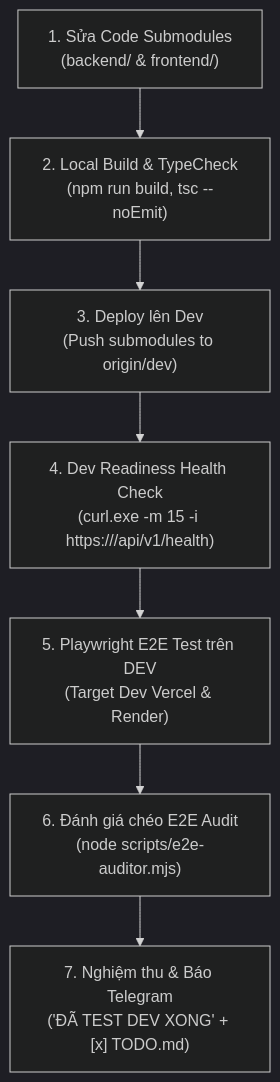
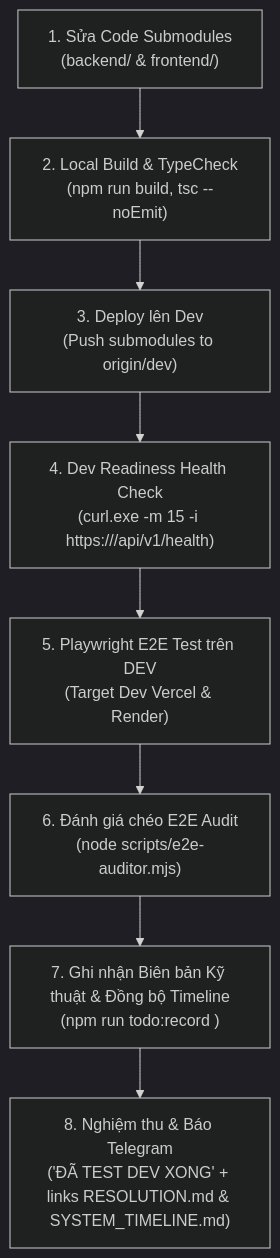
Before and after one commit to lyquangthai1993/logistics-website: the second of 2 diagrams in .agents/skills/todo-agent/SKILL.md, drawn with Mermaid (dark theme). The commit also changed other lines of this file and 13 other files, not shown here.

Commit message:
feat(todo-agent): implement post-task technical recording, system evolutionary timeline ledger, and resolution documentation protocol

````diff
--- a/.agents/skills/todo-agent/SKILL.md
+++ b/.agents/skills/todo-agent/SKILL.md
@@ -176,9 +197,10 @@
 ```mermaid
 flowchart TD
     S1["1. Sửa Code Submodules<br>(backend/ & frontend/)"] --> S2["2. Local Build & TypeCheck<br>(npm run build, tsc --noEmit)"]
     S2 --> S3["3. Deploy lên Dev<br>(Push submodules to origin/dev)"]
     S3 --> S4["4. Dev Readiness Health Check<br>(curl.exe -m 15 -i https://<backend>/api/v1/health)"]
     S4 --> S5["5. Playwright E2E Test trên DEV<br>(Target Dev Vercel & Render)"]
     S5 --> S6["6. Đánh giá chéo E2E Audit<br>(node scripts/e2e-auditor.mjs)"]
-    S6 --> S7["7. Nghiệm thu & Báo Telegram<br>('ĐÃ TEST DEV XONG' + [x] TODO.md)"]
+    S6 --> S7["7. Ghi nhận Biên bản Kỹ thuật & Đồng bộ Timeline<br>(npm run todo:record <folder>)"]
+    S7 --> S8["8. Nghiệm thu & Báo Telegram<br>('ĐÃ TEST DEV XONG' + links RESOLUTION.md & SYSTEM_TIMELINE.md)"]
 ```
````
